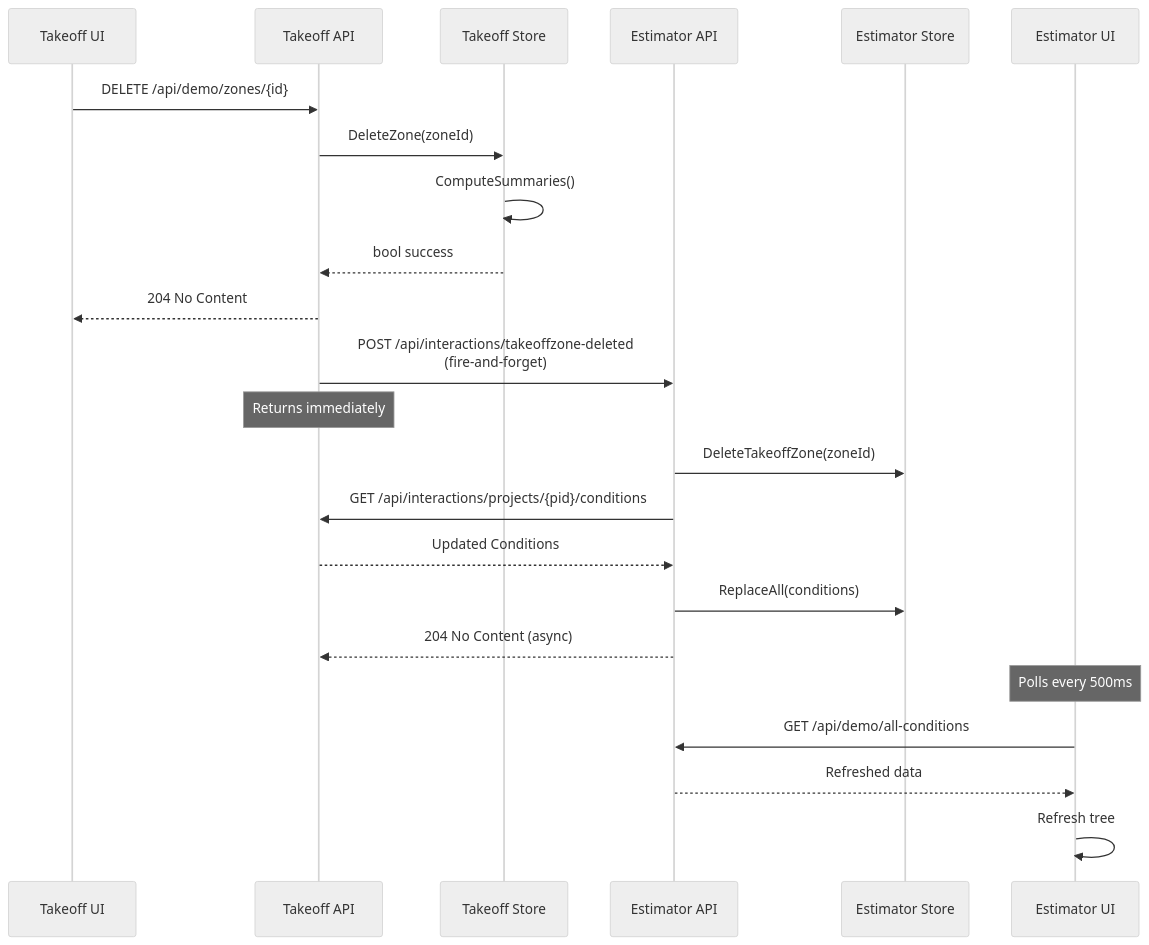
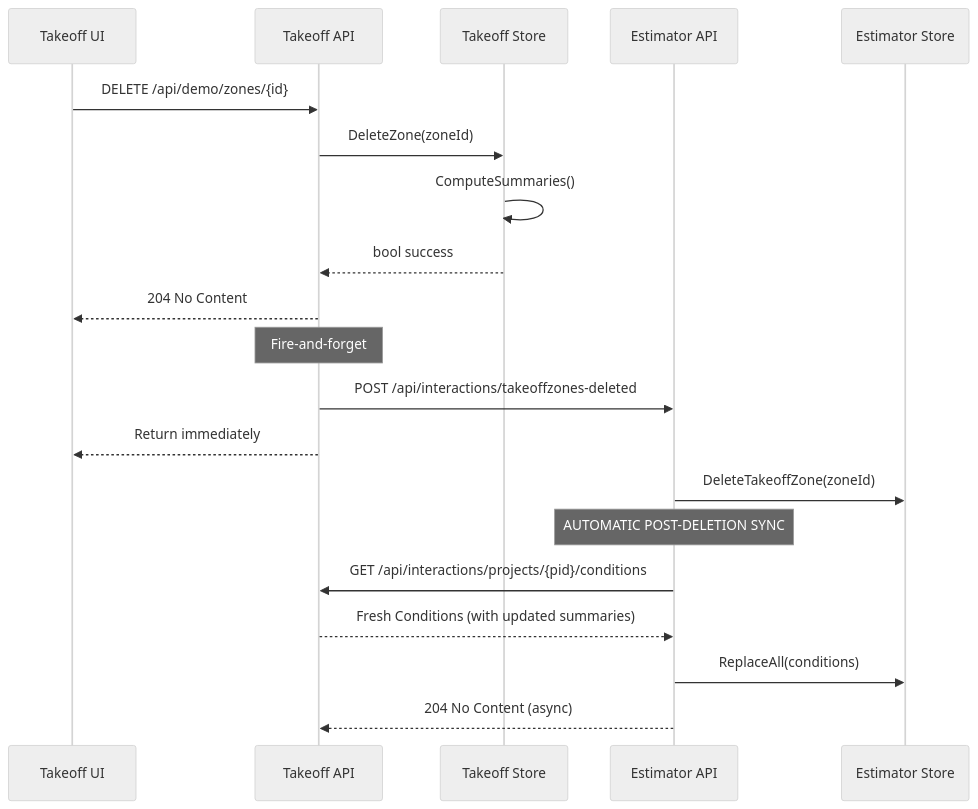
Before and after one commit to pkarabut-bw/embedded-integration: the third of 8 diagrams in docs/contract-diagrams.md, drawn with Mermaid (neutral theme). The commit also changed other lines of this file and 1 other file, not shown here.

````diff
--- a/docs/contract-diagrams.md
+++ b/docs/contract-diagrams.md
@@ -210,29 +79,26 @@
 ```mermaid
 sequenceDiagram
-    participant Takeoff UI
-    participant Takeoff API
-    participant Takeoff Store
-    participant Estimator API
-    participant Estimator Store
-    participant Estimator UI
+    participant TakeoffUI as Takeoff UI
+    participant TakeoffAPI as Takeoff API
+    participant TakeoffStore as Takeoff Store
+    participant EstimatorAPI as Estimator API
+    participant EstimatorStore as Estimator Store
     
-    Takeoff UI->>Takeoff API: DELETE /api/demo/zones/{id}
-    Takeoff API->>Takeoff Store: DeleteZone(zoneId)
-    Takeoff Store->>Takeoff Store: ComputeSummaries()
-    Takeoff Store-->>Takeoff API: bool success
-    Takeoff API-->>Takeoff UI: 204 No Content
+    TakeoffUI->>TakeoffAPI: DELETE /api/demo/zones/{id}
+    TakeoffAPI->>TakeoffStore: DeleteZone(zoneId)
+    TakeoffStore->>TakeoffStore: ComputeSummaries()
+    TakeoffStore-->>TakeoffAPI: bool success
+    TakeoffAPI-->>TakeoffUI: 204 No Content
     
-    Takeoff API->>Estimator API: POST /api/interactions/takeoffzone-deleted<br/>(fire-and-forget)
-    Note over Takeoff API: Returns immediately
+    Note over TakeoffAPI: Fire-and-forget
+    TakeoffAPI->>EstimatorAPI: POST /api/interactions/takeoffzones-deleted
+    TakeoffAPI-->>TakeoffUI: Return immediately
     
-    Estimator API->>Estimator Store: DeleteTakeoffZone(zoneId)
-    Estimator API->>Takeoff API: GET /api/interactions/projects/{pid}/conditions
-    Takeoff API-->>Estimator API: Updated Conditions
-    Estimator API->>Estimator Store: ReplaceAll(conditions)
-    Estimator API-->>Takeoff API: 204 No Content (async)
+    EstimatorAPI->>EstimatorStore: DeleteTakeoffZone(zoneId)
     
-    Note over Estimator UI: Polls every 500ms
-    Estimator UI->>Estimator API: GET /api/demo/all-conditions
-    Estimator API-->>Estimator UI: Refreshed data
-    Estimator UI->>Estimator UI: Refresh tree
+    Note over EstimatorAPI: AUTOMATIC POST-DELETION SYNC
+    EstimatorAPI->>TakeoffAPI: GET /api/interactions/projects/{pid}/conditions
+    TakeoffAPI-->>EstimatorAPI: Fresh Conditions (with updated summaries)
+    EstimatorAPI->>EstimatorStore: ReplaceAll(conditions)
+    EstimatorAPI-->>TakeoffAPI: 204 No Content (async)
 ```
````
